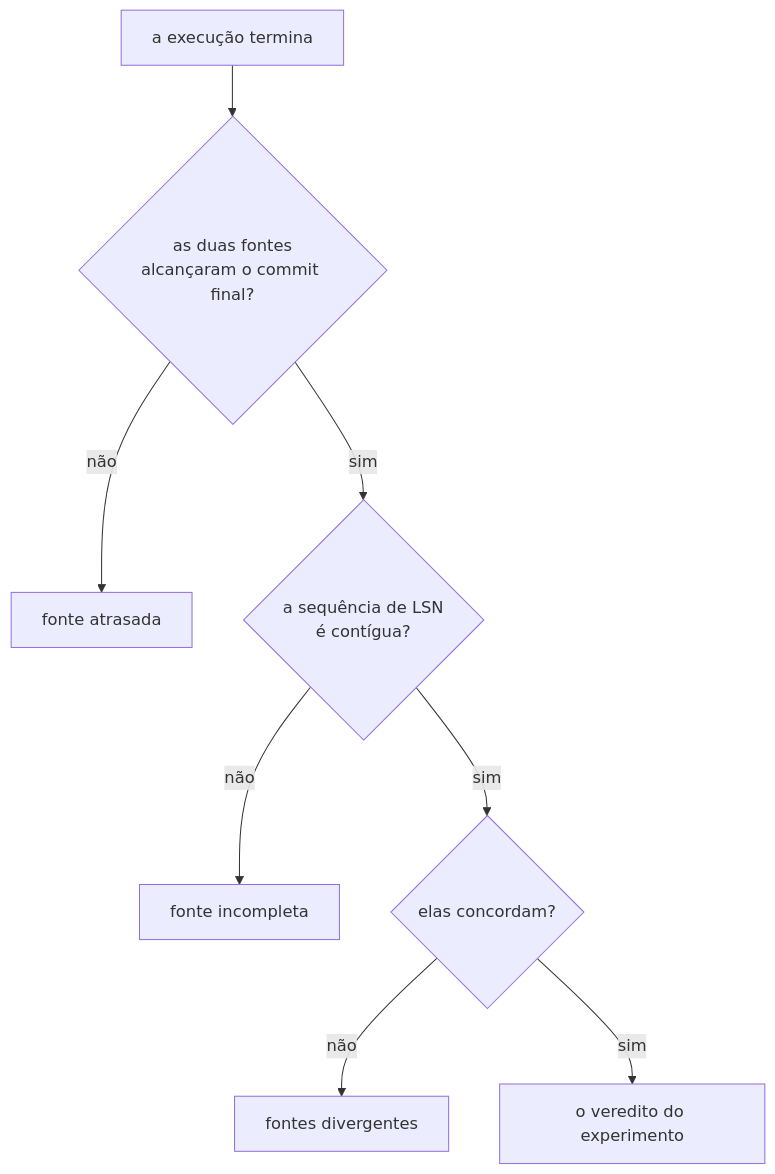
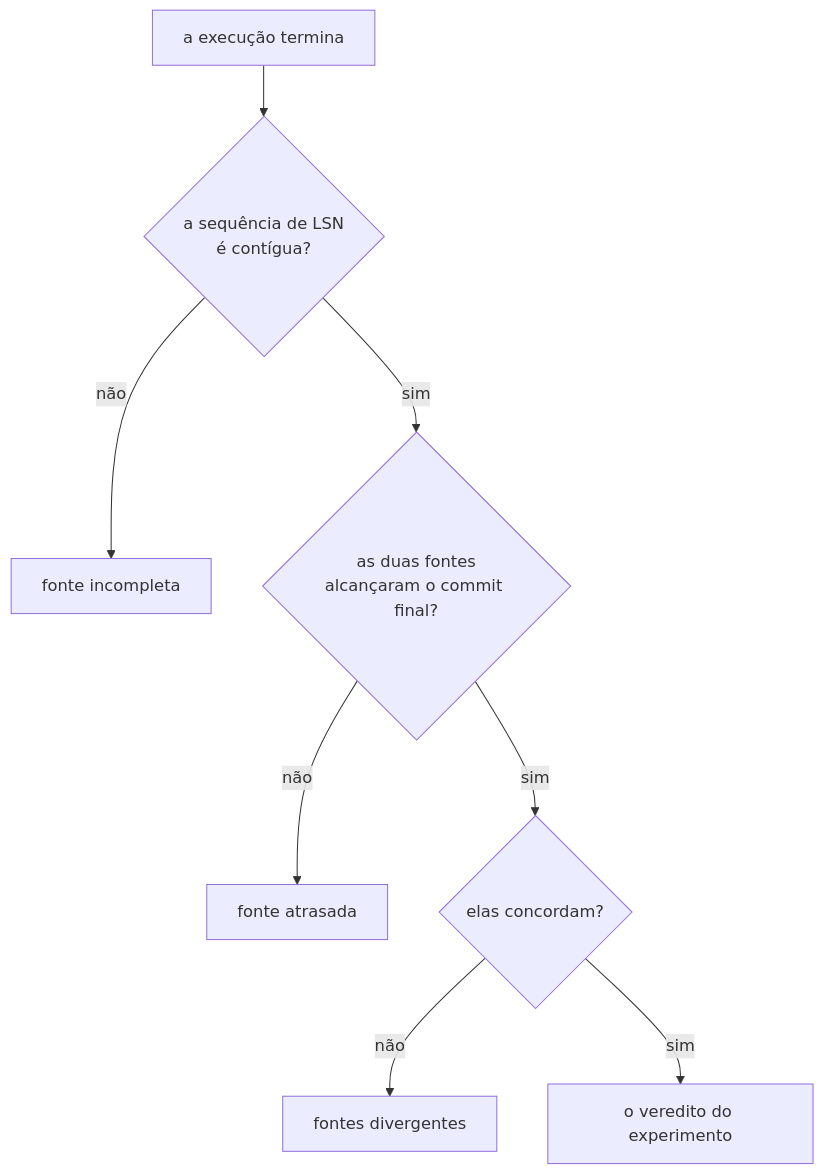
Before and after one commit to da0hn/distributed-systems-experiment-lab: the second of 2 diagrams in docs/CONTEXT.md, drawn with Mermaid. The commit also changed other lines of this file and 1 other file, not shown here.

````diff
--- a/docs/CONTEXT.md
+++ b/docs/CONTEXT.md
@@ -818,10 +825,10 @@
 ```mermaid
 flowchart TD
-    E["a execução termina"] --> Q{"as duas fontes<br/>alcançaram o commit final?"}
+    E["a execução termina"] --> C{"a sequência de LSN<br/>é contígua?"}
+    C -->|" não "| I["fonte incompleta"]
+    C -->|" sim "| Q{"as duas fontes<br/>alcançaram o commit final?"}
     Q -->|" não "| A["fonte atrasada"]
-    Q -->|" sim "| C{"a sequência de LSN<br/>é contígua?"}
-    C -->|" não "| I["fonte incompleta"]
-    C -->|" sim "| D{"elas concordam?"}
+    Q -->|" sim "| D{"elas concordam?"}
     D -->|" não "| F["fontes divergentes"]
     D -->|" sim "| V["o veredito do experimento"]
 ```
````
